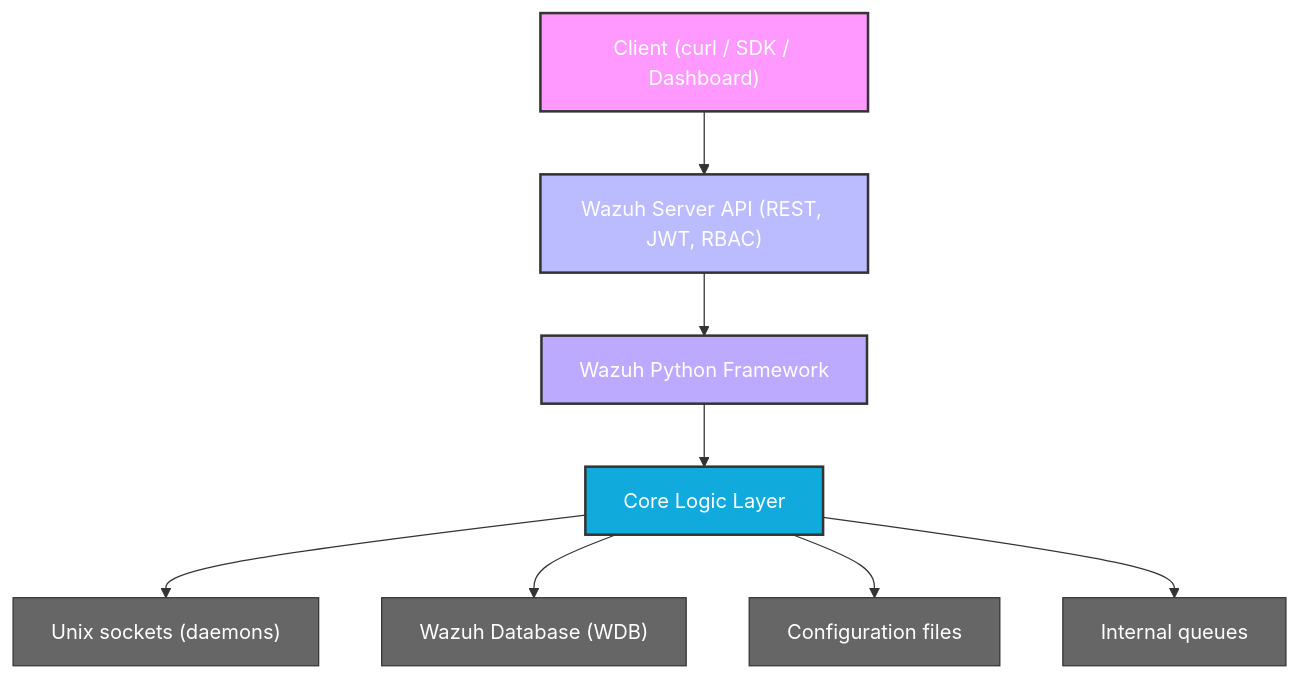
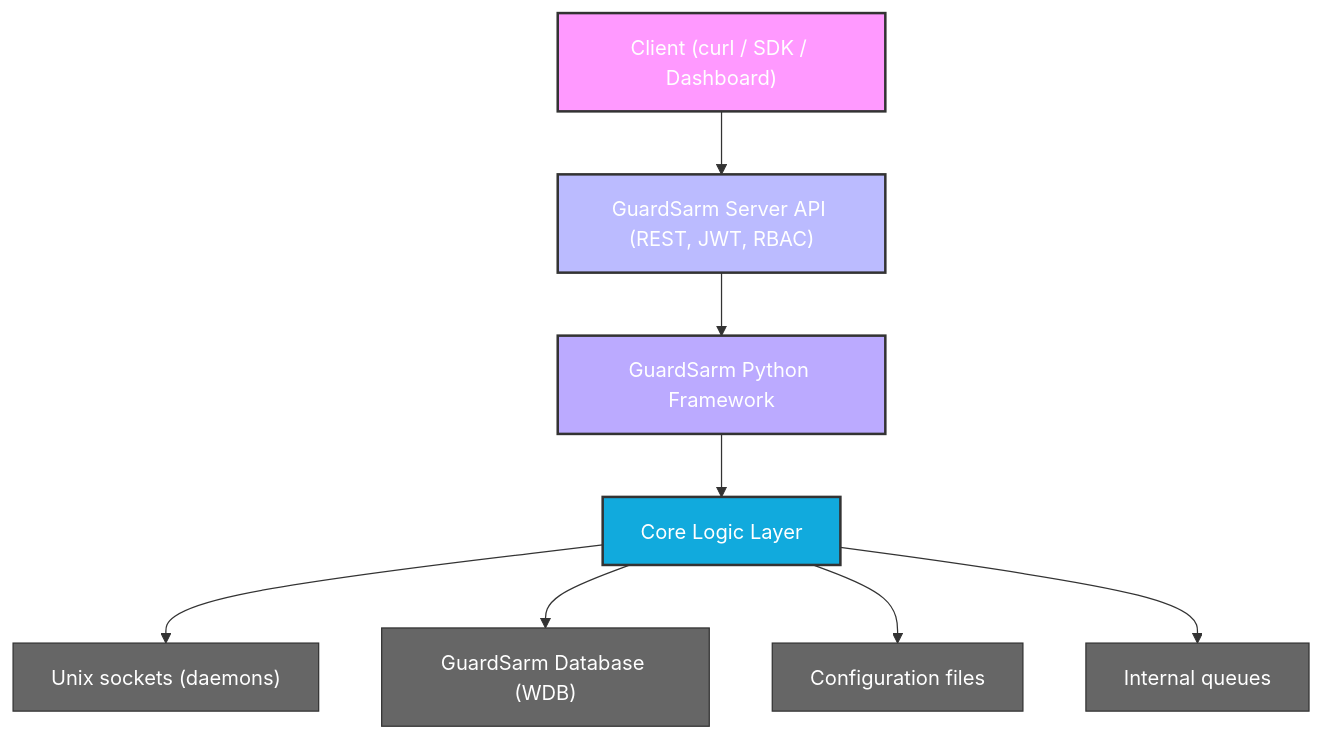
One commit to guardsarm/guardsarm changed the first of 2 diagrams in docs/ref/modules/server-api/architecture.md. Above: the diagram before and after it, drawn with Mermaid. The commit also changed other lines of this file and 4082 other files, not shown here.

First line of the commit message:
GuardSarm rebrand (R1) + native build/runtime fixes

````diff
--- a/docs/ref/modules/server-api/architecture.md
+++ b/docs/ref/modules/server-api/architecture.md
@@ -9,20 +9,20 @@
 ```mermaid
 graph TD
-    A["Client (curl / SDK / Dashboard)"] --> B["Wazuh Server API (REST, JWT, RBAC)"]
-    B --> C["Wazuh Python Framework"]
+    A["Client (curl / SDK / Dashboard)"] --> B["GuardSarm Server API (REST, JWT, RBAC)"]
+    B --> C["GuardSarm Python Framework"]
     C --> D["Core Logic Layer"]
     
     D --> E["Unix sockets (daemons)"]
-    D --> F["Wazuh Database (WDB)"]
+    D --> F["GuardSarm Database (WDB)"]
     D --> G["Configuration files"]
     D --> H["Internal queues"]
 
     style A fill:#f9f,stroke:#333,stroke-width:2px,color:#fff
     style B fill:#bbf,stroke:#333,stroke-width:2px,color:#fff
     style C fill:#baf,stroke:#333,stroke-width:2px,color:#fff
     style D fill:#1ad,stroke:#333,stroke-width:2px,color:#fff
     style E fill:#666,stroke:#333,color:#fff
     style F fill:#666,stroke:#333,color:#fff
     style G fill:#666,stroke:#333,color:#fff
     style H fill:#666,stroke:#333,color:#fff
 ```
````
